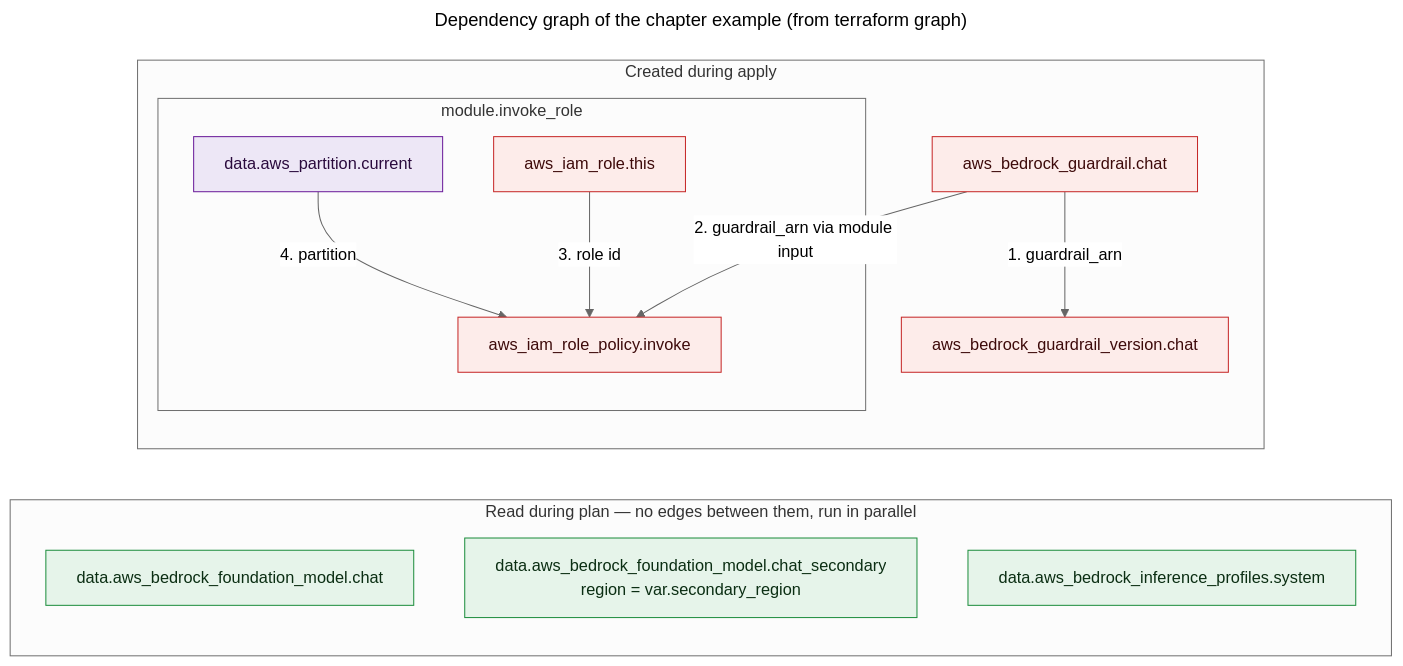
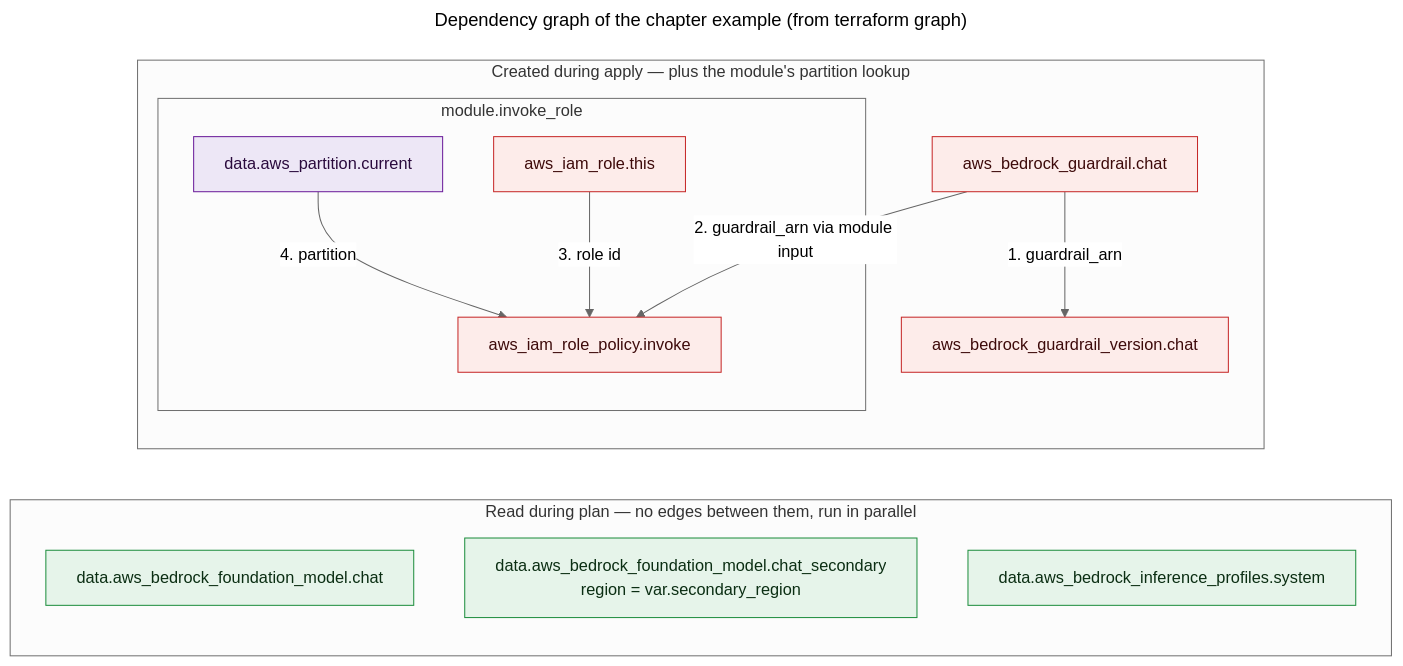
One commit to sunilgogineni/terraform-aws-lambda-function changed the second of 2 diagrams in aws-bedrock-architecture-academy/04-infrastructure-as-code/terraform/01-providers-resources-data-sources.md. Above: the diagram before and after it, drawn with Mermaid (neutral theme). The commit also changed other lines of this file and 8 other files, not shown here.

First line of the commit message:
Add CDK chapters 6-9, examples project and diagram set 28

````diff
--- a/aws-bedrock-architecture-academy/04-infrastructure-as-code/terraform/01-providers-resources-data-sources.md
+++ b/aws-bedrock-architecture-academy/04-infrastructure-as-code/terraform/01-providers-resources-data-sources.md
@@ -148,28 +148,28 @@
 ```mermaid
 ---
 title: Dependency graph of the chapter example (from terraform graph)
 ---
 flowchart LR
     subgraph reads["Read during plan — no edges between them, run in parallel"]
         fm["data.aws_bedrock_foundation_model.chat"]:::ai
         fm2["data.aws_bedrock_foundation_model.chat_secondary<br/>region = var.secondary_region"]:::ai
         ip["data.aws_bedrock_inference_profiles.system"]:::ai
     end
-    subgraph writes["Created during apply"]
+    subgraph writes["Created during apply — plus the module's partition lookup"]
         gr["aws_bedrock_guardrail.chat"]:::security
         gv["aws_bedrock_guardrail_version.chat"]:::security
         subgraph roleModule["module.invoke_role"]
             part["data.aws_partition.current"]:::data
             role["aws_iam_role.this"]:::security
             pol["aws_iam_role_policy.invoke"]:::security
         end
     end
     gr -- "1. guardrail_arn" --> gv
     gr -- "2. guardrail_arn via module input" --> pol
     role -- "3. role id" --> pol
     part -- "4. partition" --> pol
 
     classDef ai       fill:#E6F4EA,stroke:#1E8E3E,color:#0B2E13
     classDef data     fill:#EDE7F6,stroke:#6A1B9A,color:#2A0A3D
     classDef security fill:#FDECEA,stroke:#C62828,color:#3D0A0A
 ```
````
